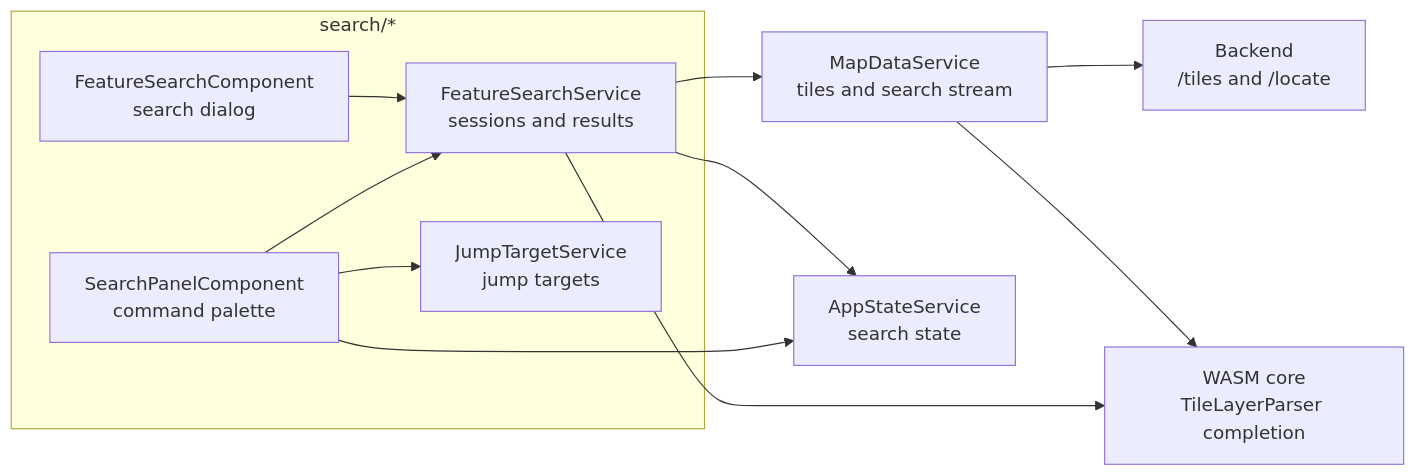
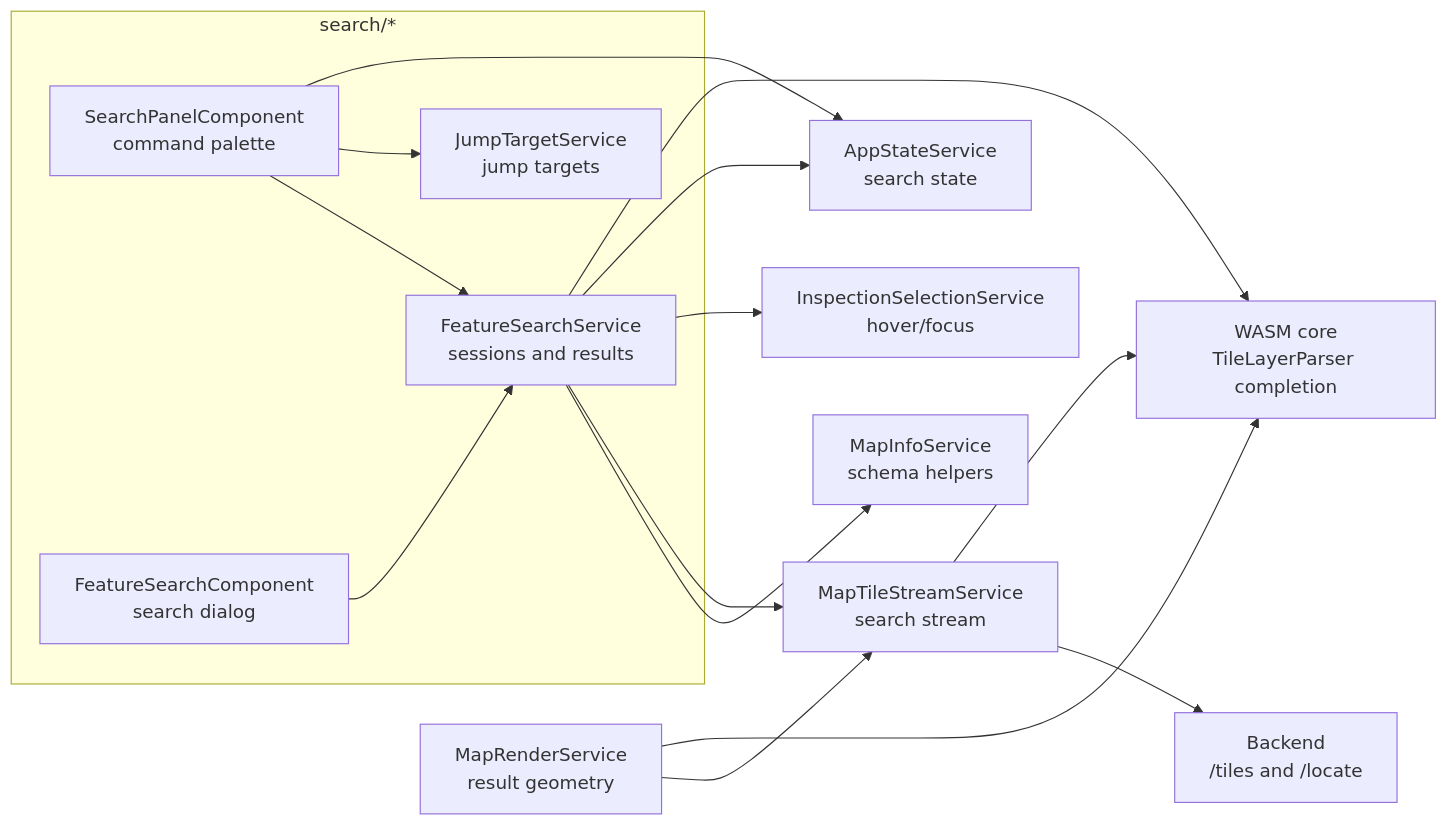
The fifth of 10 diagrams in docs/erdblick-dev-guide.md (ndsev/erdblick), drawn with Mermaid before and after one commit. The commit also changed other lines of this file and 43 other files, not shown here.

Commit message:
Split up the MapDataService

````diff
--- a/docs/erdblick-dev-guide.md
+++ b/docs/erdblick-dev-guide.md
@@ -277,24 +346,31 @@
 ```mermaid
 flowchart LR
   subgraph search_dir[search/*]
     SearchPanel[SearchPanelComponent<br>command palette]
     FeatureSearch[FeatureSearchComponent<br>search dialog]
     SearchSvc[FeatureSearchService<br>sessions and results]
     JumpSvc[JumpTargetService<br>jump targets]
   end
-  MapSvc[MapDataService<br>tiles and search stream]
+  MapInfo[MapInfoService<br>schema helpers]
+  TileStream[MapTileStreamService<br>search stream]
+  RenderSvc[MapRenderService<br>result geometry]
+  InspectionSelection[InspectionSelectionService<br>hover/focus]
   State[AppStateService<br>search state]
   Core[WASM core<br>TileLayerParser completion]
   Backend[Backend<br>/tiles and /locate]
 
   SearchPanel --> SearchSvc
   SearchPanel --> JumpSvc
   SearchPanel --> State
   FeatureSearch --> SearchSvc
 
-  SearchSvc --> MapSvc
+  SearchSvc --> MapInfo
+  SearchSvc --> TileStream
+  SearchSvc --> InspectionSelection
   SearchSvc --> State
   SearchSvc --> Core
-  MapSvc --> Backend
-  MapSvc --> Core
+  TileStream --> Backend
+  TileStream --> Core
+  RenderSvc --> TileStream
+  RenderSvc --> Core
 ```
````
